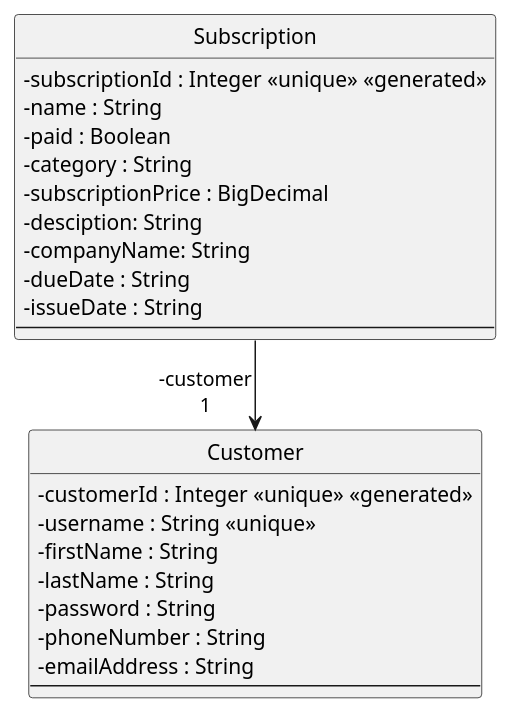
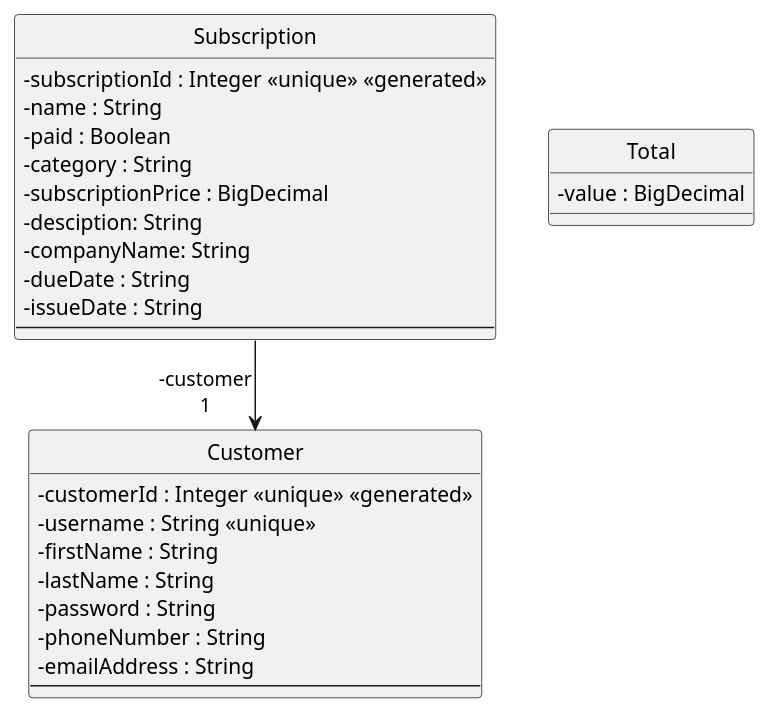
The diagram in diagrams/domainClassDiagram.puml (62firelight/SubTrack), drawn with PlantUML before and after one commit.

Commit message:
Added Total class

```diff
--- a/diagrams/domainClassDiagram.puml
+++ b/diagrams/domainClassDiagram.puml
@@ -1,53 +1,57 @@
 @startuml
 
 skinparam {
     Style strictuml
     RoundCorner 5
     ' use characters instead of icons for showing visibility
     ClassAttributeIconSize 0
     Database {
 	' the default border no longer matches the normal colours (bug?), so fix this
 	BorderColor #A80036
     }
     Sequence {
 	' make activations yellow too
 	LifeLineBackgroundColor #FDFDCD
 
 	' make stereotypes less ugly
 	Stereotype {
 		Font {
 			Size 11
 			Style plain
 		}
 	}
     }
 }
  
 class "Customer" as customer {
     -customerId : Integer <<unique>> <<generated>>
     -username : String <<unique>>
     -firstName : String
     -lastName : String
     -password : String
     -phoneNumber : String
     -emailAddress : String
     '-card_details? 
   --
 }
 
 class "Subscription" as sub {
     -subscriptionId : Integer <<unique>> <<generated>>
     -name : String
     -paid : Boolean
     -category : String
     -subscriptionPrice : BigDecimal
     -desciption: String
     -companyName: String
     -dueDate : String
     -issueDate : String
   --
 }
 
+class "Total" as total {
+    -value : BigDecimal
+}
+
 sub --> "-customer\n1" customer
 
 @enduml
```
